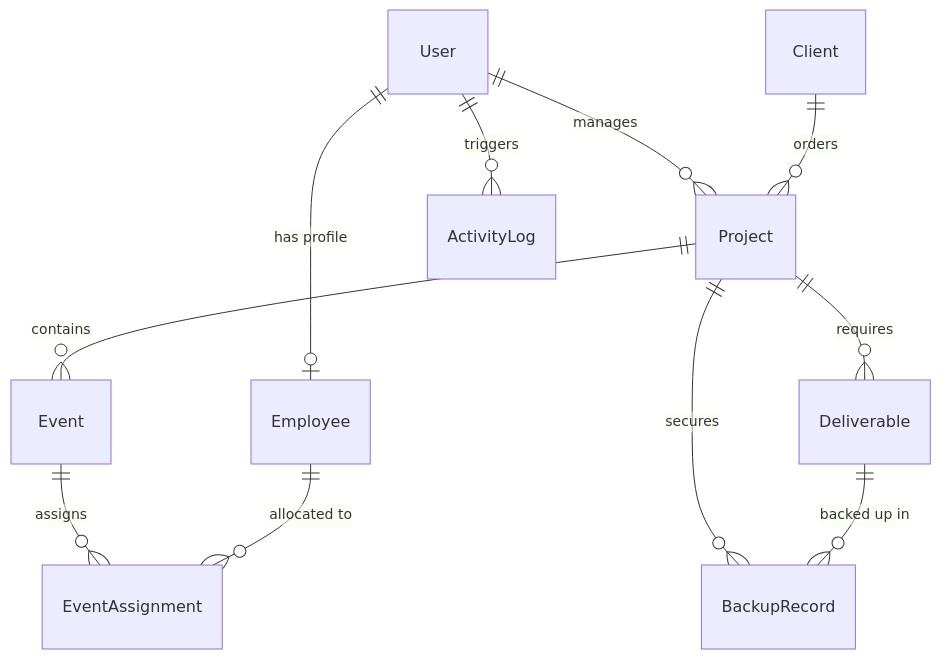
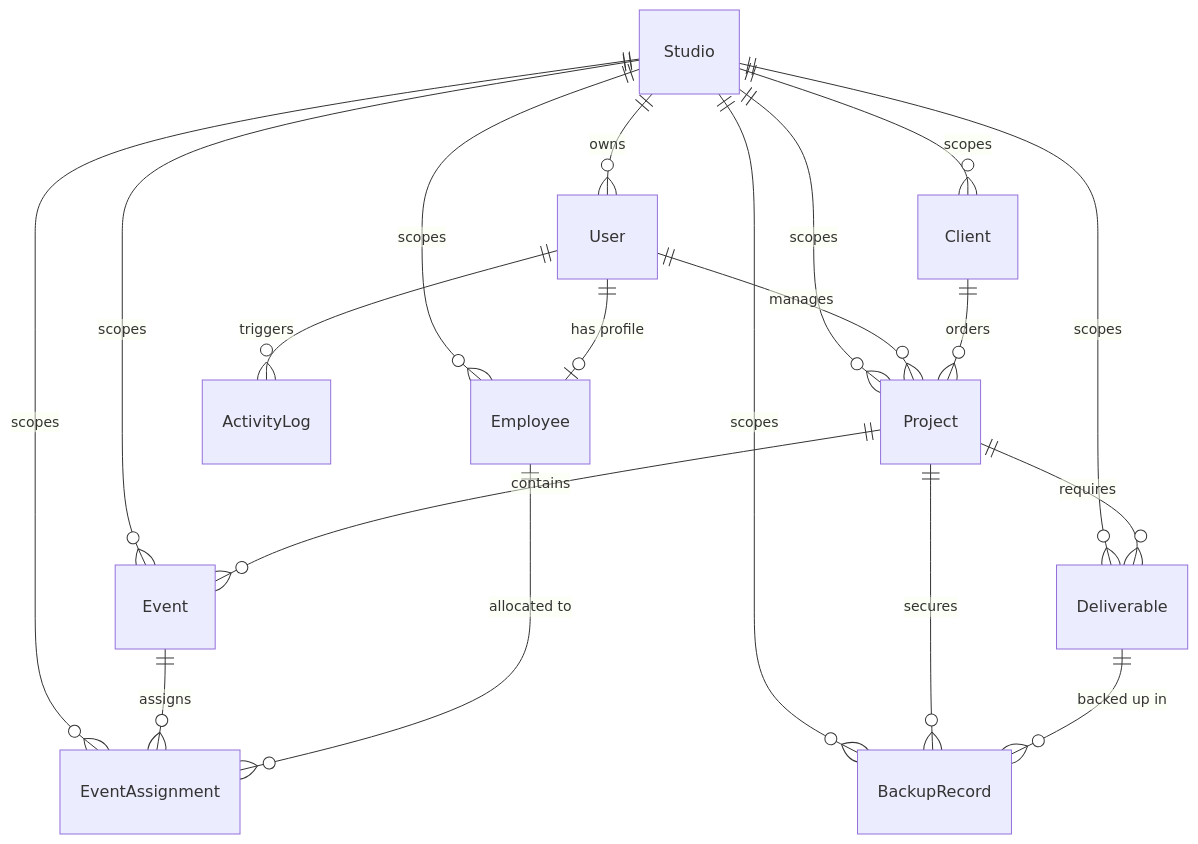
The diagram in docs/database-model.md (mfayaazu/studio-ops), drawn with Mermaid before and after one commit. The commit also changed other lines of this file and 5 other files, not shown here.

````diff
--- a/docs/database-model.md
+++ b/docs/database-model.md
@@ -11,13 +11,21 @@
 ```mermaid
 erDiagram
+    Studio ||--o{ User : "owns"
+    Studio ||--o{ Client : "scopes"
+    Studio ||--o{ Employee : "scopes"
+    Studio ||--o{ Project : "scopes"
+    Studio ||--o{ Event : "scopes"
+    Studio ||--o{ EventAssignment : "scopes"
+    Studio ||--o{ Deliverable : "scopes"
+    Studio ||--o{ BackupRecord : "scopes"
     User ||--o| Employee : "has profile"
     User ||--o{ Project : "manages"
     User ||--o{ ActivityLog : "triggers"
     Client ||--o{ Project : "orders"
     Project ||--o{ Event : "contains"
     Project ||--o{ Deliverable : "requires"
     Project ||--o{ BackupRecord : "secures"
     Deliverable ||--o{ BackupRecord : "backed up in"
     Event ||--o{ EventAssignment : "assigns"
     Employee ||--o{ EventAssignment : "allocated to"
 ```
````
